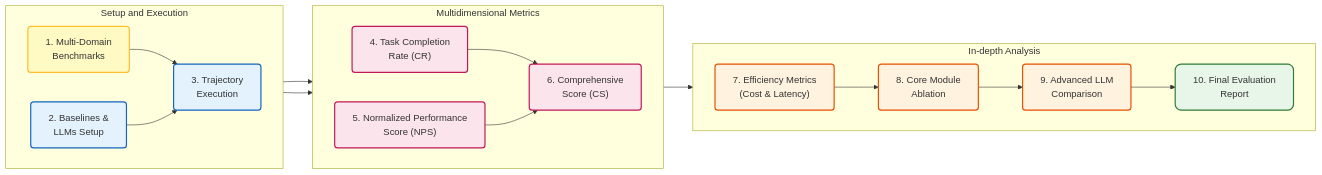
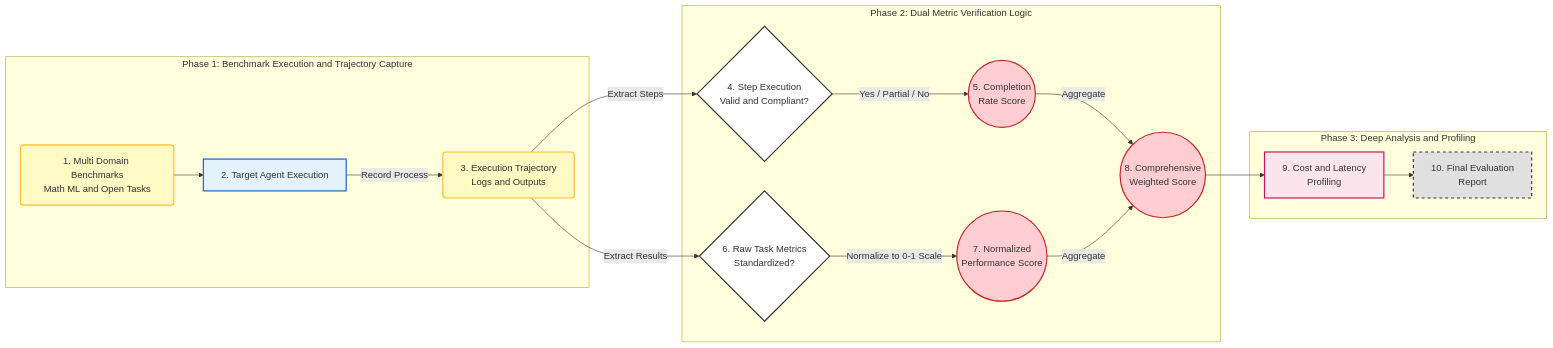
The fifth of 6 diagrams in Literature Review/brief report 3.md (hhtrocket/HHT-Benchmark-dataset), drawn with Mermaid before and after one commit. The commit also changed other lines of this file, not shown here.

Commit message:
Update brief report 3.md

````diff
--- a/Literature Review/brief report 3.md
+++ b/Literature Review/brief report 3.md
@@ -239,42 +239,46 @@
 ```mermaid
 graph LR
-    classDef phase1 fill:#e3f2fd,stroke:#1565c0,stroke-width:2px,rx:5,ry:5;
-    classDef phase2 fill:#fce4ec,stroke:#c2185b,stroke-width:2px,rx:5,ry:5;
-    classDef phase3 fill:#fff3e0,stroke:#e65100,stroke-width:2px,rx:5,ry:5;
+    %% Style Definitions
     classDef input fill:#fff9c4,stroke:#fbc02d,stroke-width:2px,rx:5,ry:5;
-    classDef report fill:#e8f5e9,stroke:#2e7d32,stroke-width:2px,rx:10,ry:10;
+    classDef phase1 fill:#e3f2fd,stroke:#1565c0,stroke-width:2px;
+    classDef phase2 fill:#fce4ec,stroke:#c2185b,stroke-width:2px;
+    classDef decision fill:#ffffff,stroke:#333,stroke-width:2px,shape:diamond;
+    classDef score fill:#ffcdd2,stroke:#c62828,stroke-width:2px,rx:50,ry:50;
+    classDef report fill:#e0e0e0,stroke:#333,stroke-width:2px,stroke-dasharray: 5 5;
 
-    subgraph Setup and Execution
-        direction LR
-        N1["1. Multi-Domain<br/>Benchmarks"]:::input
-        N2["2. Baselines &<br/>LLMs Setup"]:::phase1
-        N3["3. Trajectory<br/>Execution"]:::phase1
-        
-        N1 --> N3
-        N2 --> N3
+    %% === Benchmark Execution ===
+    subgraph Phase1 ["Phase 1: Benchmark Execution and Trajectory Capture"]
+        Tasks["1. Multi Domain Benchmarks<br/>Math ML and Open Tasks"]:::input
+        Agent["2. Target Agent Execution"]:::phase1
+        Trajectory["3. Execution Trajectory<br/>Logs and Outputs"]:::input
+
+        Tasks --> Agent
+        Agent -->|Record Process| Trajectory
     end
 
-    subgraph Multidimensional Metrics
-        direction LR
-        N4["4. Task Completion<br/>Rate (CR)"]:::phase2
-        N5["5. Normalized Performance<br/>Score (NPS)"]:::phase2
-        N6["6. Comprehensive<br/>Score (CS)"]:::phase2
+    %% ===  Metric Scoring Logic ===
+    subgraph Phase2 ["Phase 2: Dual Metric Verification Logic"]
+        StepCheck{"4. Step Execution<br/>Valid and Compliant?"}:::decision
+        CR(("5. Completion<br/>Rate Score")):::score
+        PerfCheck{"6. Raw Task Metrics<br/>Standardized?"}:::decision
+        NPS(("7. Normalized<br/>Performance Score")):::score
+        CS(("8. Comprehensive<br/>Weighted Score")):::score
+
+        Trajectory -->|Extract Steps| StepCheck
+        StepCheck --"Yes / Partial / No"--> CR
         
-        N3 --> N4
-        N3 --> N5
-        N4 & N5 --> N6
+        Trajectory -->|Extract Results| PerfCheck
+        PerfCheck --"Normalize to 0-1 Scale"--> NPS
+        
+        CR & NPS -->|Aggregate| CS
     end
 
-    subgraph In-depth Analysis
-        direction LR
-        N7["7. Efficiency Metrics<br/>(Cost & Latency)"]:::phase3
-        N8["8. Core Module<br/>Ablation"]:::phase3
-        N9["9. Advanced LLM<br/>Comparison"]:::phase3
-        N10["10. Final Evaluation<br/>Report"]:::report
-        
-        N6 --> N7
-        N7 --> N8
-        N8 --> N9
-        N9 --> N10
+    %% === Analysis and Profiling ===
+    subgraph Phase3 ["Phase 3: Deep Analysis and Profiling"]
+        Efficiency["9. Cost and Latency<br/>Profiling"]:::phase2
+        Report["10. Final Evaluation<br/>Report"]:::report
+
+        CS --> Efficiency
+        Efficiency --> Report
     end
 ```
````
